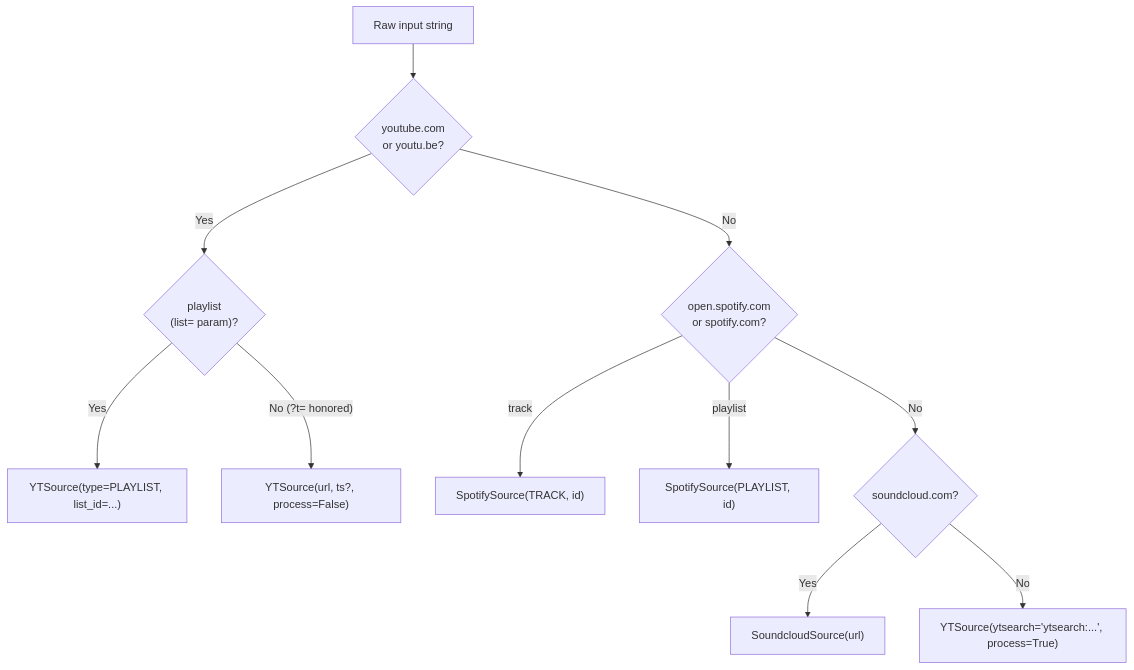
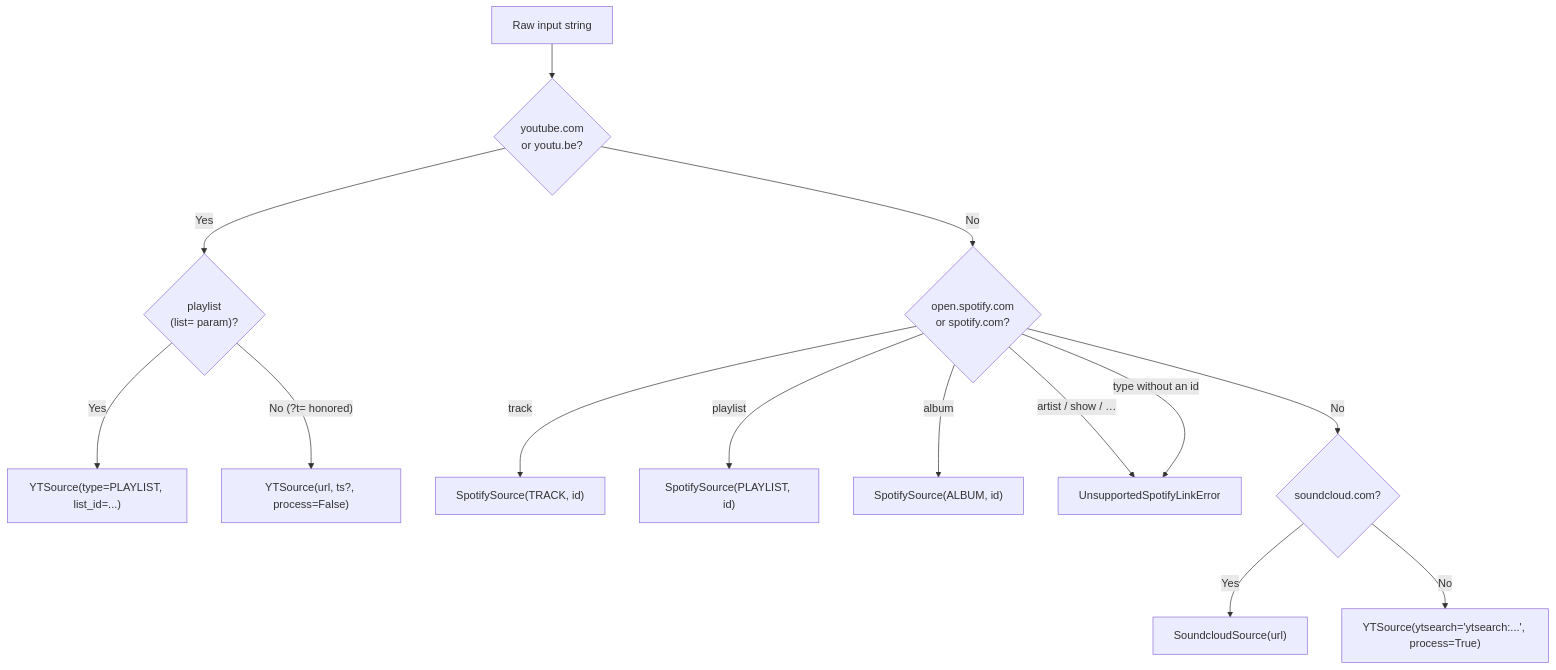
One commit to kawadeomkar/discord-music-bot changed the eighth of 15 diagrams in docs/ARCHITECTURE.md. Above: the diagram before and after it, drawn with Mermaid. The commit also changed other lines of this file and 5 other files, not shown here.

````diff
--- a/docs/ARCHITECTURE.md
+++ b/docs/ARCHITECTURE.md
@@ -505,20 +506,23 @@
 ```mermaid
 flowchart TD
     Input["Raw input string"]
     IsYT{"youtube.com\nor youtu.be?"}
     IsPL{"playlist\n(list= param)?"}
     IsSP{"open.spotify.com\nor spotify.com?"}
     IsSC{"soundcloud.com?"}
 
     Input --> IsYT
     IsYT -->|Yes| IsPL
     IsPL -->|Yes| YTPL["YTSource(type=PLAYLIST, list_id=...)"]
     IsPL -->|"No (?t= honored)"| YTS["YTSource(url, ts?, process=False)"]
 
     IsYT -->|No| IsSP
     IsSP -->|track| SPS_T["SpotifySource(TRACK, id)"]
     IsSP -->|playlist| SPS_P["SpotifySource(PLAYLIST, id)"]
+    IsSP -->|album| SPS_A["SpotifySource(ALBUM, id)"]
+    IsSP -->|"artist / show / …"| SPX["UnsupportedSpotifyLinkError"]
+    IsSP -->|"type without an id"| SPX
     IsSP -->|No| IsSC
     IsSC -->|Yes| SC["SoundcloudSource(url)"]
     IsSC -->|No| YTS_S["YTSource(ytsearch='ytsearch:...', process=True)"]
 ```
````
